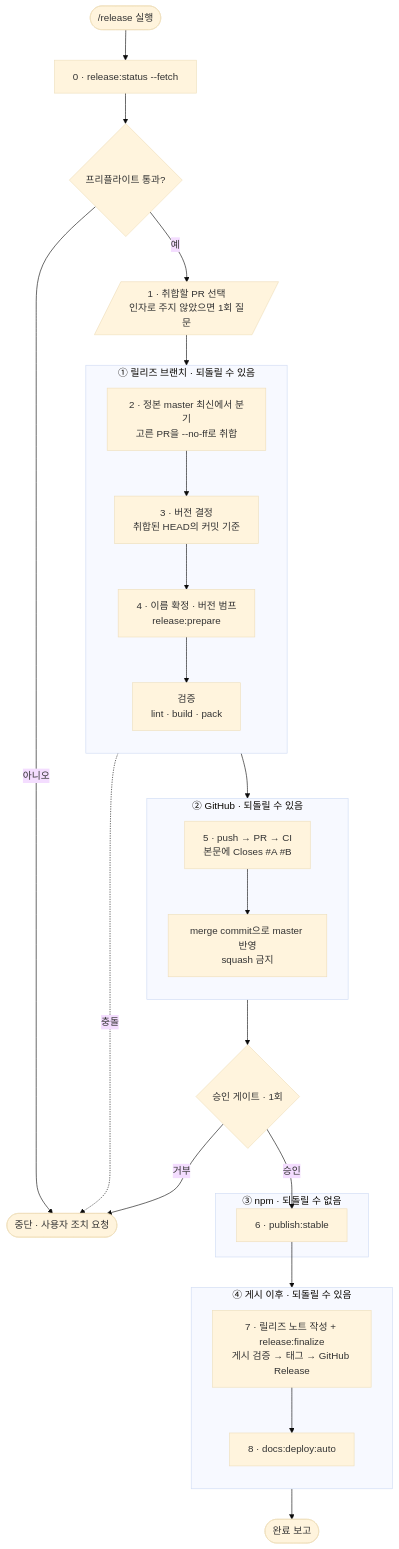
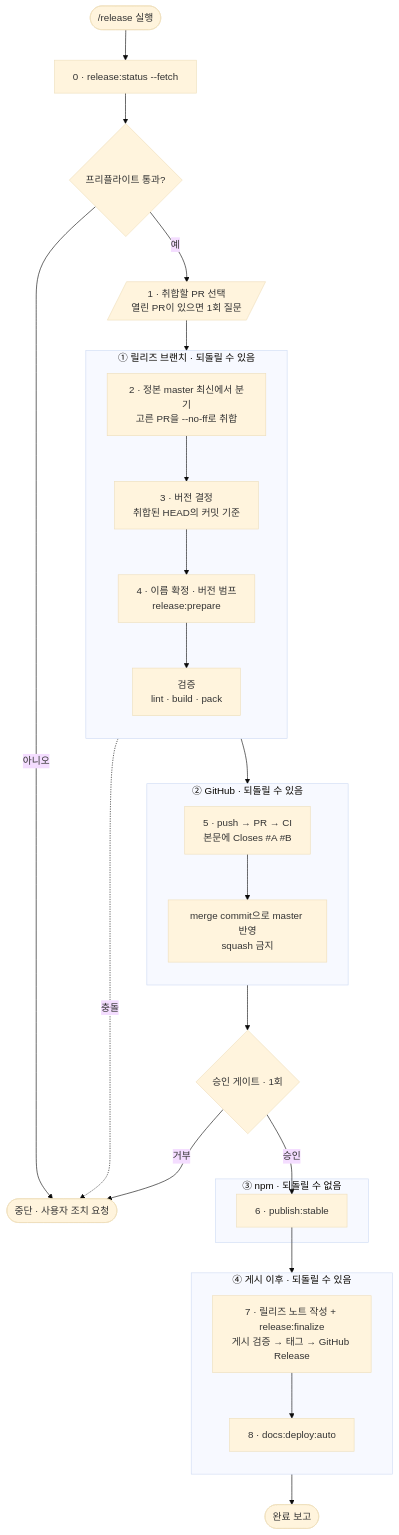
The first of 3 diagrams in dev-guide/PUBLISH_GUIDE.md (naver/egjs-flicking), drawn with Mermaid (base theme) before and after one commit. The commit also changed other lines of this file and 2 other files, not shown here.

````diff
--- a/dev-guide/PUBLISH_GUIDE.md
+++ b/dev-guide/PUBLISH_GUIDE.md
@@ -102,39 +102,39 @@
 ```mermaid
 flowchart TD
     A([/release 실행]) --> B["0 · release:status --fetch"]
     B --> G1{"프리플라이트 통과?"}
     G1 -->|아니오| STOP([중단 · 사용자 조치 요청])
     G1 -->|예| S1
 
-    S1[/"1 · 취합할 PR 선택<br/>인자로 주지 않았으면 1회 질문"/] --> S2
+    S1[/"1 · 취합할 PR 선택<br/>열린 PR이 있으면 1회 질문"/] --> S2
 
     subgraph BR["① 릴리즈 브랜치 · 되돌릴 수 있음"]
         direction TB
         S2["2 · 정본 master 최신에서 분기<br/>고른 PR을 --no-ff로 취합"] --> S3["3 · 버전 결정<br/>취합된 HEAD의 커밋 기준"] --> S4["4 · 이름 확정 · 버전 범프<br/>release:prepare"] --> S4V["검증<br/>lint · build · pack"]
     end
 
     S2 -.->|충돌| STOP
     S4V --> S5
 
     subgraph GH["② GitHub · 되돌릴 수 있음"]
         direction TB
         S5["5 · push → PR → CI<br/>본문에 Closes #A #B"] --> S5M["merge commit으로 master 반영<br/>squash 금지"]
     end
 
     S5M --> G2{"승인 게이트 · 1회"}
     G2 -->|거부| STOP
     G2 -->|승인| S6
 
     subgraph NPMZ["③ npm · 되돌릴 수 없음"]
         S6["6 · publish:stable"]
     end
 
     S6 --> S7
 
     subgraph POST["④ 게시 이후 · 되돌릴 수 있음"]
         direction TB
         S7["7 · 릴리즈 노트 작성 + release:finalize<br/>게시 검증 → 태그 → GitHub Release"] --> S8["8 · docs:deploy:auto"]
     end
 
     S8 --> DONE([완료 보고])
 ```
````
